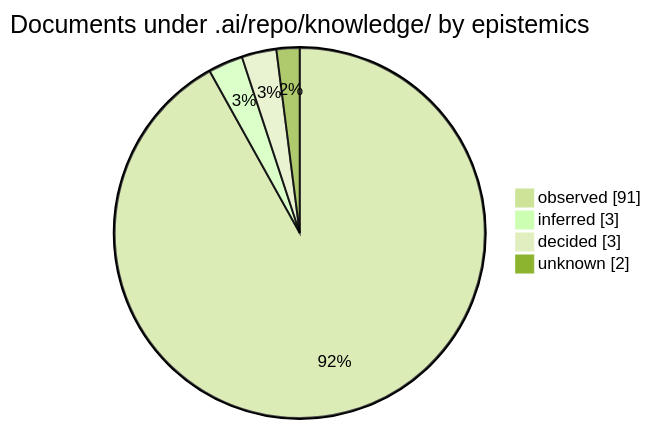
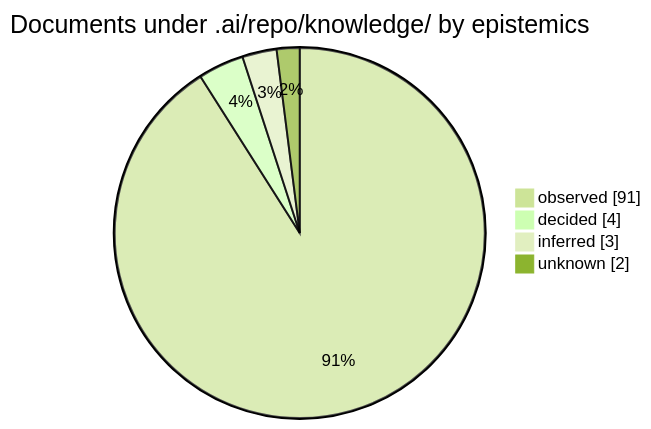
The third of 3 diagrams in .ai/repo/knowledge/README.md (korczis/OpenTTD), drawn with Mermaid (forest theme) before and after one commit. The commit also changed other lines of this file and 2 other files, not shown here.

First line of the commit message:
Doc: [AIBattle] The owner decided that the arena runs the repository's current referee

````diff
--- a/.ai/repo/knowledge/README.md
+++ b/.ai/repo/knowledge/README.md
@@ -59,8 +59,8 @@
 ```mermaid
 pie showData title Documents under .ai/repo/knowledge/ by epistemics
-    %% links: README.md?col=Epistemics&filter=observed#records-generated | README.md?col=Epistemics&filter=inferred#records-generated | README.md?col=Epistemics&filter=decided#records-generated | README.md?col=Epistemics&filter=#records-generated
+    %% links: README.md?col=Epistemics&filter=observed#records-generated | README.md?col=Epistemics&filter=decided#records-generated | README.md?col=Epistemics&filter=inferred#records-generated | README.md?col=Epistemics&filter=#records-generated
     "observed" : 91
+    "decided" : 4
     "inferred" : 3
-    "decided" : 3
     "unknown" : 2
 ```
````
